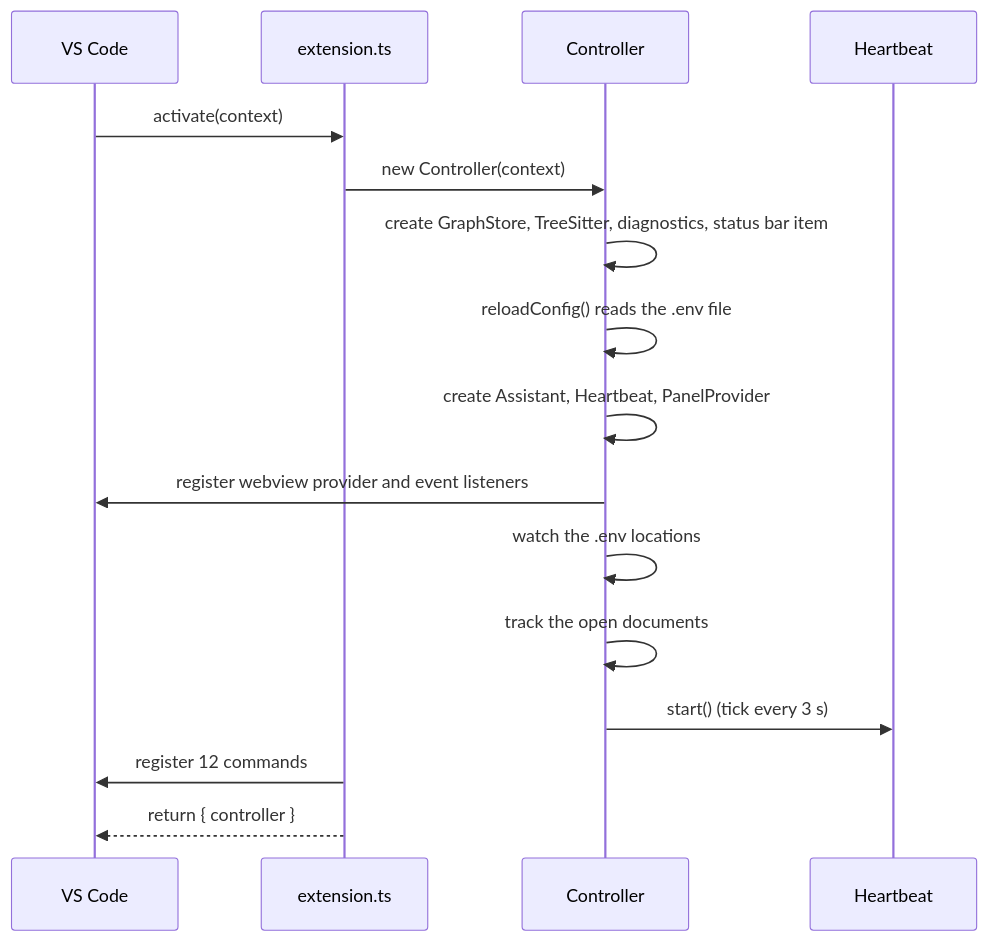
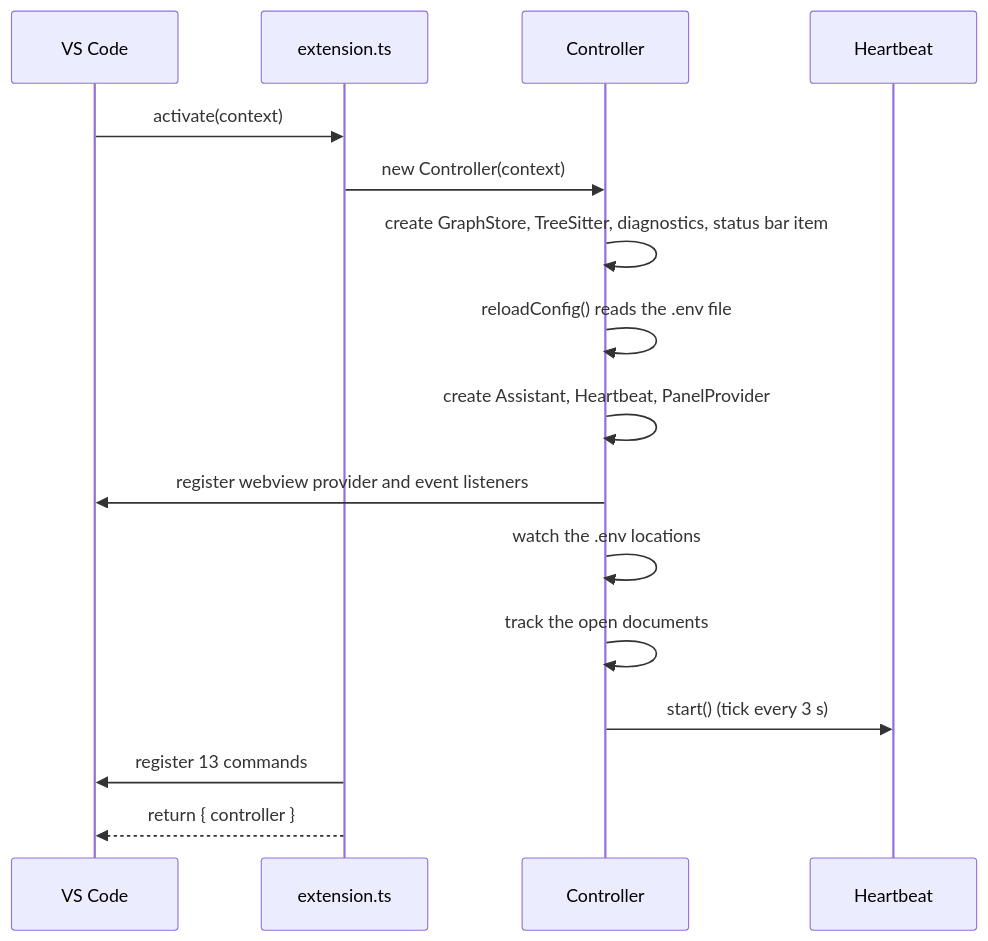
One commit to ErrDivine/Assistive changed the second of 5 diagrams in docs/06-architecture.md. Above: the diagram before and after it, drawn with Mermaid. The commit also changed 11 other files, not shown here.

````diff
--- a/docs/06-architecture.md
+++ b/docs/06-architecture.md
@@ -94,18 +94,18 @@
 ```mermaid
 sequenceDiagram
     participant VS as VS Code
     participant E as extension.ts
     participant C as Controller
     participant H as Heartbeat
     VS->>E: activate(context)
     E->>C: new Controller(context)
     C->>C: create GraphStore, TreeSitter, diagnostics, status bar item
     C->>C: reloadConfig() reads the .env file
     C->>C: create Assistant, Heartbeat, PanelProvider
     C->>VS: register webview provider and event listeners
     C->>C: watch the .env locations
     C->>C: track the open documents
     C->>H: start() (tick every 3 s)
-    E->>VS: register 12 commands
+    E->>VS: register 13 commands
     E-->>VS: return { controller }
 ```
````
